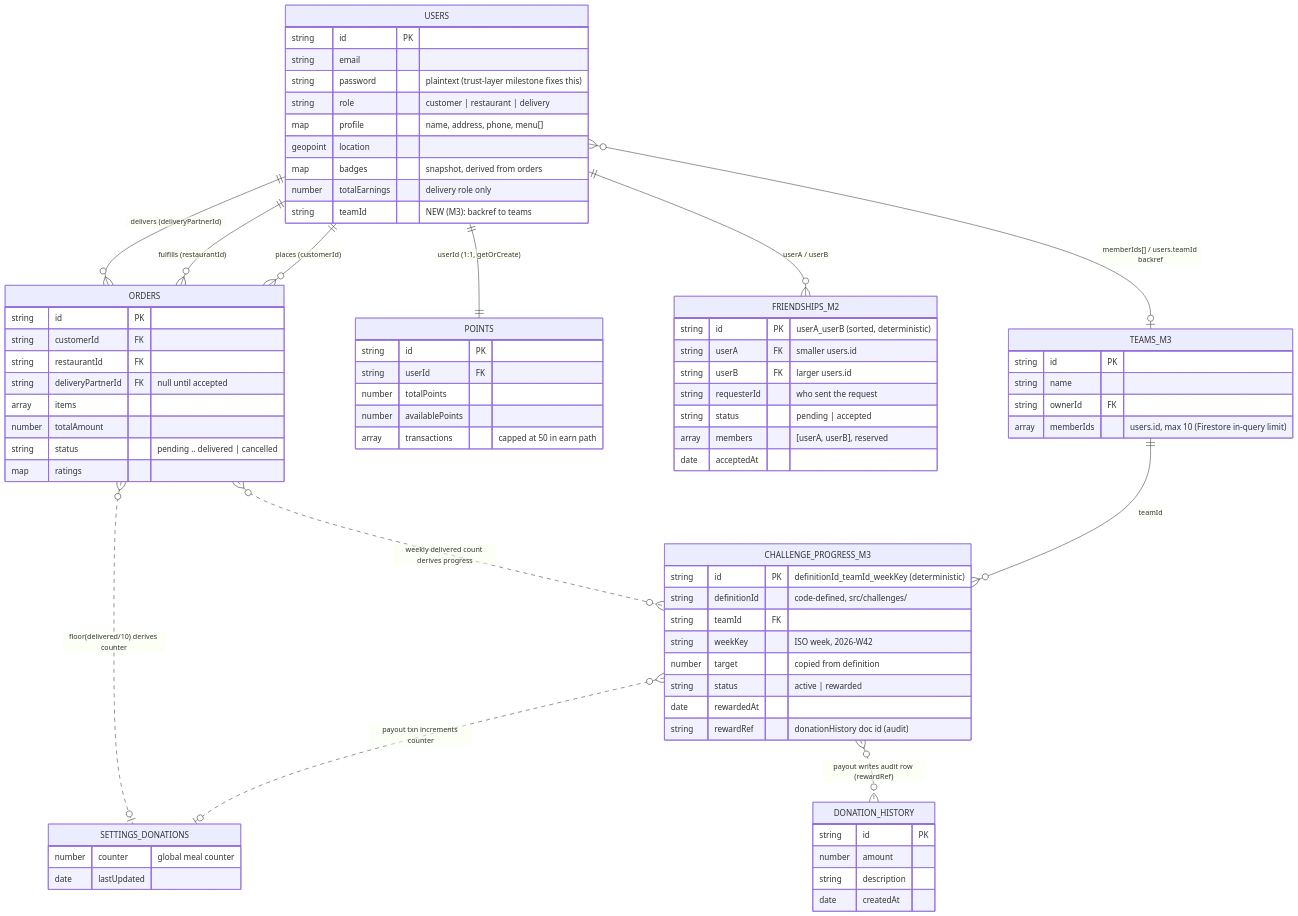
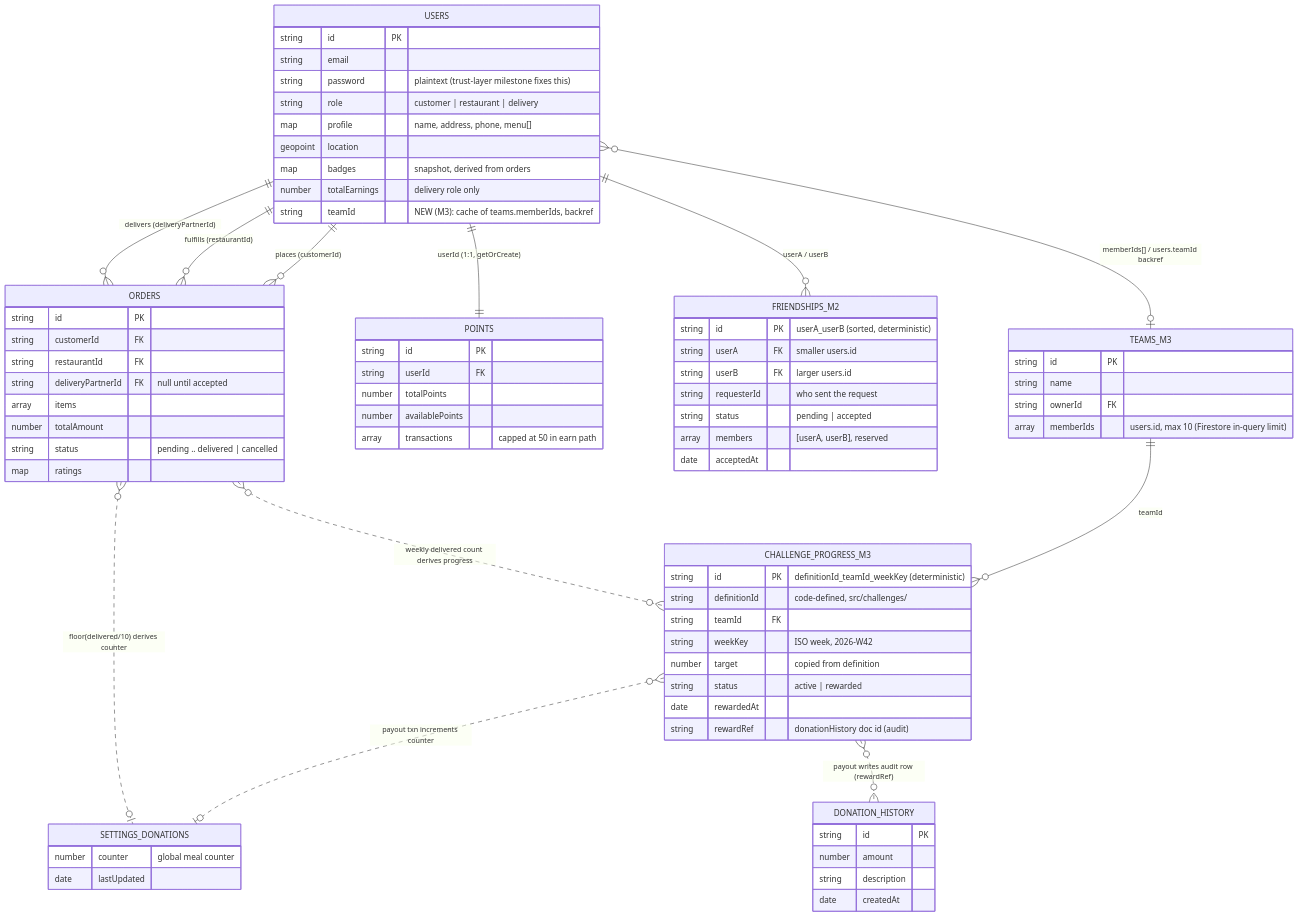
Before and after one commit to Ummmahek/CSC510_SE26F: the diagram in proj2/docs/DB_DESIGN_M2_M3.md, drawn with Mermaid. The commit also changed other lines of this file, not shown here.

Commit message:
proj2: harden DB design doc — team membership source of truth, trust-layer prerequisite for derived scores, scaling/freshness/index notes

````diff
--- a/proj2/docs/DB_DESIGN_M2_M3.md
+++ b/proj2/docs/DB_DESIGN_M2_M3.md
@@ -176,78 +182,78 @@
 ```mermaid
 erDiagram
     USERS ||--o{ ORDERS : "places (customerId)"
     USERS ||--o{ ORDERS : "fulfills (restaurantId)"
     USERS ||--o{ ORDERS : "delivers (deliveryPartnerId)"
     USERS ||--|| POINTS : "userId (1:1, getOrCreate)"
     USERS ||--o{ FRIENDSHIPS_M2 : "userA / userB"
     USERS }o--o| TEAMS_M3 : "memberIds[] / users.teamId backref"
     TEAMS_M3 ||--o{ CHALLENGE_PROGRESS_M3 : "teamId"
     ORDERS }o..o{ CHALLENGE_PROGRESS_M3 : "weekly delivered count derives progress"
     CHALLENGE_PROGRESS_M3 }o..o| SETTINGS_DONATIONS : "payout txn increments counter"
     CHALLENGE_PROGRESS_M3 }o..o{ DONATION_HISTORY : "payout writes audit row (rewardRef)"
     ORDERS }o..o| SETTINGS_DONATIONS : "floor(delivered/10) derives counter"
 
     USERS {
         string id PK
         string email
         string password "plaintext (trust-layer milestone fixes this)"
         string role "customer | restaurant | delivery"
         map profile "name, address, phone, menu[]"
         geopoint location
         map badges "snapshot, derived from orders"
         number totalEarnings "delivery role only"
-        string teamId "NEW (M3): backref to teams"
+        string teamId "NEW (M3): cache of teams.memberIds, backref"
     }
     ORDERS {
         string id PK
         string customerId FK
         string restaurantId FK
         string deliveryPartnerId FK "null until accepted"
         array items
         number totalAmount
         string status "pending .. delivered | cancelled"
         map ratings
     }
     POINTS {
         string id PK
         string userId FK
         number totalPoints
         number availablePoints
         array transactions "capped at 50 in earn path"
     }
     FRIENDSHIPS_M2 {
         string id PK "userA_userB (sorted, deterministic)"
         string userA FK "smaller users.id"
         string userB FK "larger users.id"
         string requesterId "who sent the request"
         string status "pending | accepted"
         array members "[userA, userB], reserved"
         date acceptedAt
     }
     TEAMS_M3 {
         string id PK
         string name
         string ownerId FK
         array memberIds "users.id, max 10 (Firestore in-query limit)"
     }
     CHALLENGE_PROGRESS_M3 {
         string id PK "definitionId_teamId_weekKey (deterministic)"
         string definitionId "code-defined, src/challenges/"
         string teamId FK
         string weekKey "ISO week, 2026-W42"
         number target "copied from definition"
         string status "active | rewarded"
         date rewardedAt
         string rewardRef "donationHistory doc id (audit)"
     }
     SETTINGS_DONATIONS {
         number counter "global meal counter"
         date lastUpdated
     }
     DONATION_HISTORY {
         string id PK
         number amount
         string description
         date createdAt
     }
 ```
````
